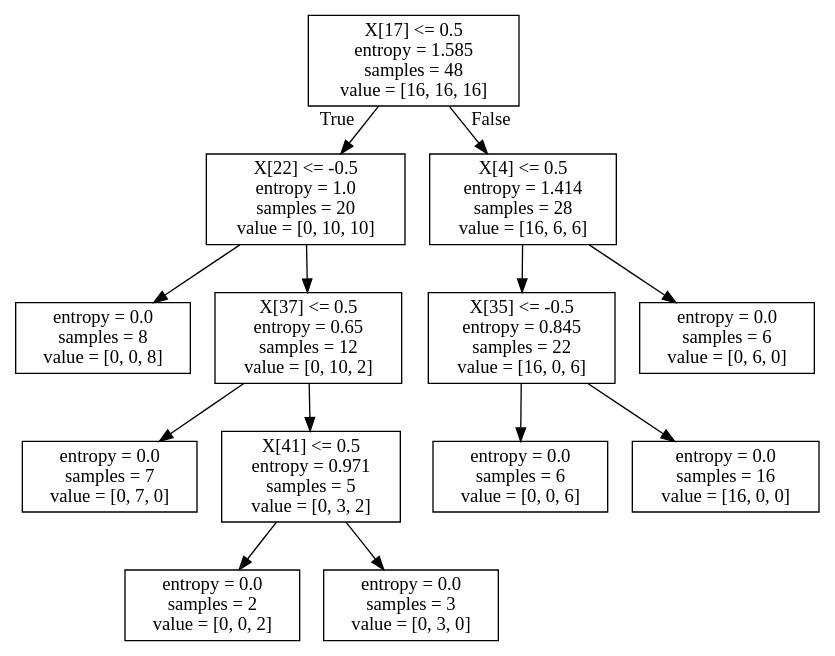
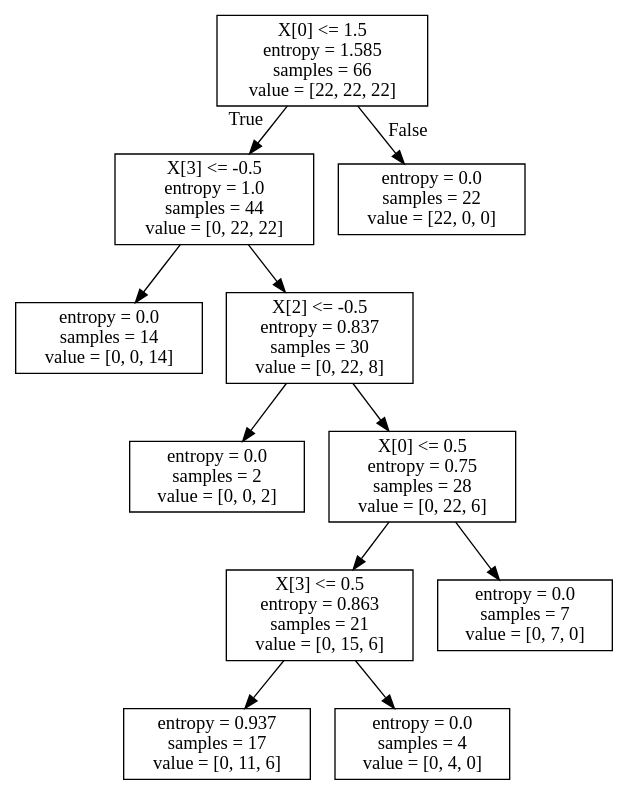
Before and after one commit to TJL2018GH/cats-competition: the diagram in dt_classifier.dot, drawn with Graphviz. The commit also changed 2 other files, not shown here.

```diff
--- a/dt_classifier.dot
+++ b/dt_classifier.dot
@@ -1,28 +1,24 @@
 digraph Tree {
 node [shape=box] ;
-0 [label="X[17] <= 0.5\nentropy = 1.585\nsamples = 48\nvalue = [16, 16, 16]"] ;
-1 [label="X[22] <= -0.5\nentropy = 1.0\nsamples = 20\nvalue = [0, 10, 10]"] ;
+0 [label="X[0] <= 1.5\nentropy = 1.585\nsamples = 66\nvalue = [22, 22, 22]"] ;
+1 [label="X[3] <= -0.5\nentropy = 1.0\nsamples = 44\nvalue = [0, 22, 22]"] ;
 0 -> 1 [labeldistance=2.5, labelangle=45, headlabel="True"] ;
-2 [label="entropy = 0.0\nsamples = 8\nvalue = [0, 0, 8]"] ;
+2 [label="entropy = 0.0\nsamples = 14\nvalue = [0, 0, 14]"] ;
 1 -> 2 ;
-3 [label="X[37] <= 0.5\nentropy = 0.65\nsamples = 12\nvalue = [0, 10, 2]"] ;
+3 [label="X[2] <= -0.5\nentropy = 0.837\nsamples = 30\nvalue = [0, 22, 8]"] ;
 1 -> 3 ;
-4 [label="entropy = 0.0\nsamples = 7\nvalue = [0, 7, 0]"] ;
+4 [label="entropy = 0.0\nsamples = 2\nvalue = [0, 0, 2]"] ;
 3 -> 4 ;
-5 [label="X[41] <= 0.5\nentropy = 0.971\nsamples = 5\nvalue = [0, 3, 2]"] ;
+5 [label="X[0] <= 0.5\nentropy = 0.75\nsamples = 28\nvalue = [0, 22, 6]"] ;
 3 -> 5 ;
-6 [label="entropy = 0.0\nsamples = 2\nvalue = [0, 0, 2]"] ;
+6 [label="X[3] <= 0.5\nentropy = 0.863\nsamples = 21\nvalue = [0, 15, 6]"] ;
 5 -> 6 ;
-7 [label="entropy = 0.0\nsamples = 3\nvalue = [0, 3, 0]"] ;
-5 -> 7 ;
-8 [label="X[4] <= 0.5\nentropy = 1.414\nsamples = 28\nvalue = [16, 6, 6]"] ;
-0 -> 8 [labeldistance=2.5, labelangle=-45, headlabel="False"] ;
-9 [label="X[35] <= -0.5\nentropy = 0.845\nsamples = 22\nvalue = [16, 0, 6]"] ;
-8 -> 9 ;
-10 [label="entropy = 0.0\nsamples = 6\nvalue = [0, 0, 6]"] ;
-9 -> 10 ;
-11 [label="entropy = 0.0\nsamples = 16\nvalue = [16, 0, 0]"] ;
-9 -> 11 ;
-12 [label="entropy = 0.0\nsamples = 6\nvalue = [0, 6, 0]"] ;
-8 -> 12 ;
+7 [label="entropy = 0.937\nsamples = 17\nvalue = [0, 11, 6]"] ;
+6 -> 7 ;
+8 [label="entropy = 0.0\nsamples = 4\nvalue = [0, 4, 0]"] ;
+6 -> 8 ;
+9 [label="entropy = 0.0\nsamples = 7\nvalue = [0, 7, 0]"] ;
+5 -> 9 ;
+10 [label="entropy = 0.0\nsamples = 22\nvalue = [22, 0, 0]"] ;
+0 -> 10 [labeldistance=2.5, labelangle=-45, headlabel="False"] ;
 }
```
